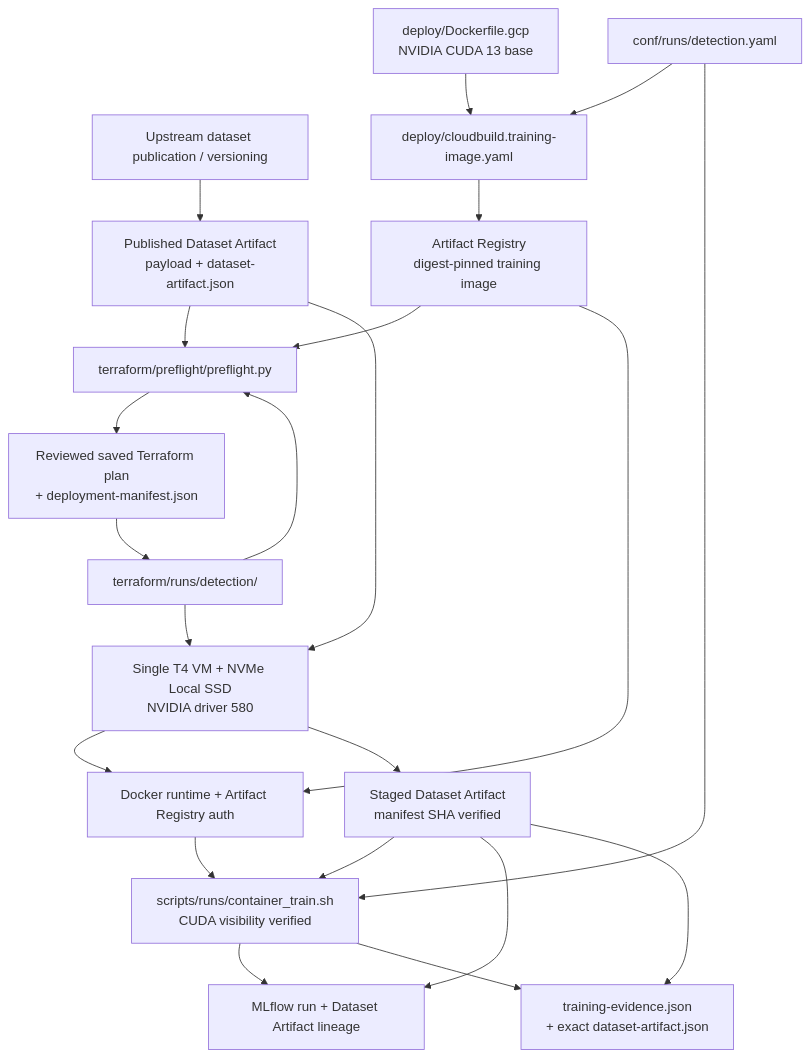
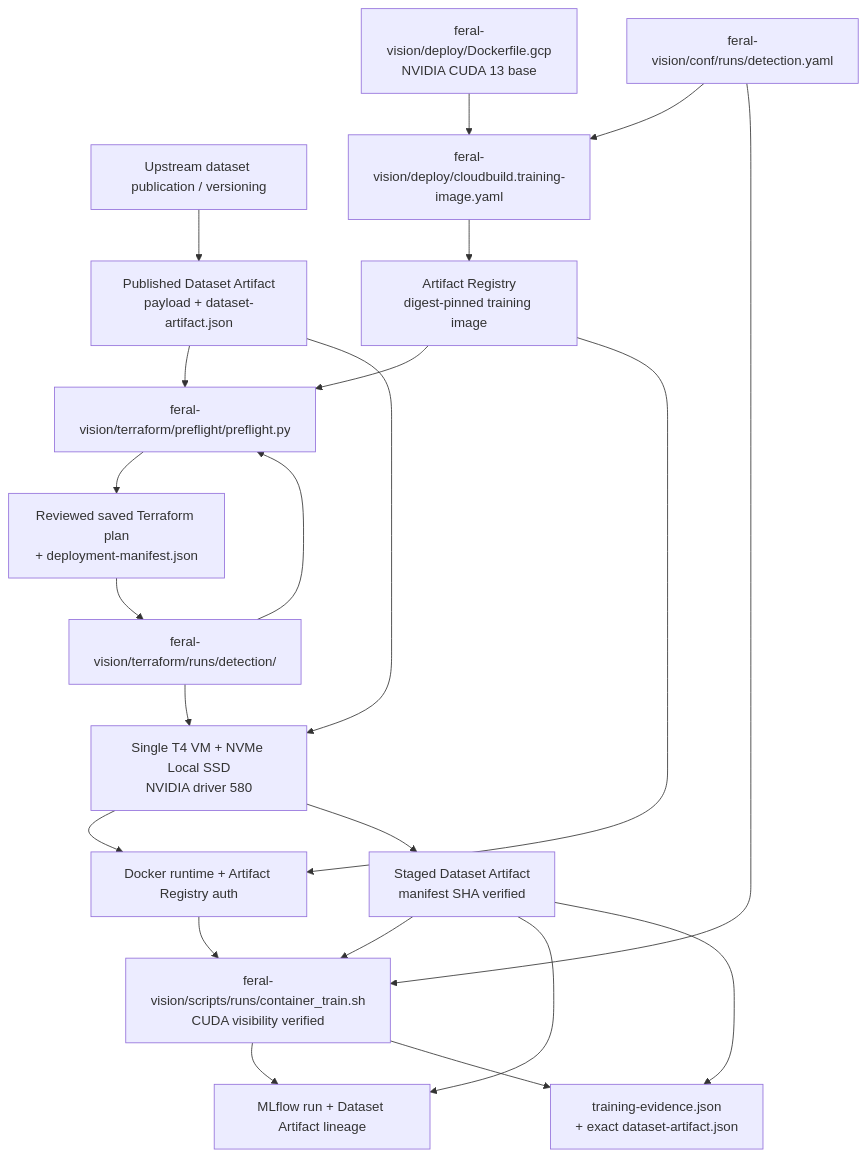
Before and after one commit to matthewdmanning/feral-vision: the diagram in docs/agents/program-flow.md, drawn with Mermaid. The commit also changed other lines of this file and 21 other files, not shown here.

````diff
--- a/docs/agents/program-flow.md
+++ b/docs/agents/program-flow.md
@@ -37,33 +37,33 @@
 ```mermaid
 flowchart TB
     upstream["Upstream dataset publication / versioning"]
     dataset["Published Dataset Artifact\npayload + dataset-artifact.json"]
-    recipe["conf/runs/detection.yaml"]
-    dockerfile["deploy/Dockerfile.gcp\nNVIDIA CUDA 13 base"]
-    cloudbuild["deploy/cloudbuild.training-image.yaml"]
+    recipe["feral-vision/conf/runs/detection.yaml"]
+    dockerfile["feral-vision/deploy/Dockerfile.gcp\nNVIDIA CUDA 13 base"]
+    cloudbuild["feral-vision/deploy/cloudbuild.training-image.yaml"]
     registry["Artifact Registry\ndigest-pinned training image"]
-    preflight["terraform/preflight/preflight.py"]
+    preflight["feral-vision/terraform/preflight/preflight.py"]
     plan["Reviewed saved Terraform plan\n+ deployment-manifest.json"]
-    terraform["terraform/runs/detection/"]
+    terraform["feral-vision/terraform/runs/detection/"]
     vm["Single T4 VM + NVMe Local SSD\nNVIDIA driver 580"]
     auth["Docker runtime + Artifact Registry auth"]
     staged["Staged Dataset Artifact\nmanifest SHA verified"]
-    train["scripts/runs/container_train.sh\nCUDA visibility verified"]
+    train["feral-vision/scripts/runs/container_train.sh\nCUDA visibility verified"]
     mlflow["MLflow run + Dataset Artifact lineage"]
     evidence["training-evidence.json\n+ exact dataset-artifact.json"]
 
     upstream --> dataset
     dockerfile --> cloudbuild --> registry
     recipe --> cloudbuild
     dataset --> preflight
     registry --> preflight
     terraform --> preflight --> plan
     plan --> terraform --> vm --> auth
     dataset --> vm --> staged --> train
     registry --> auth --> train
     recipe --> train
     train --> mlflow
     train --> evidence
     staged --> mlflow
     staged --> evidence
 ```
````
